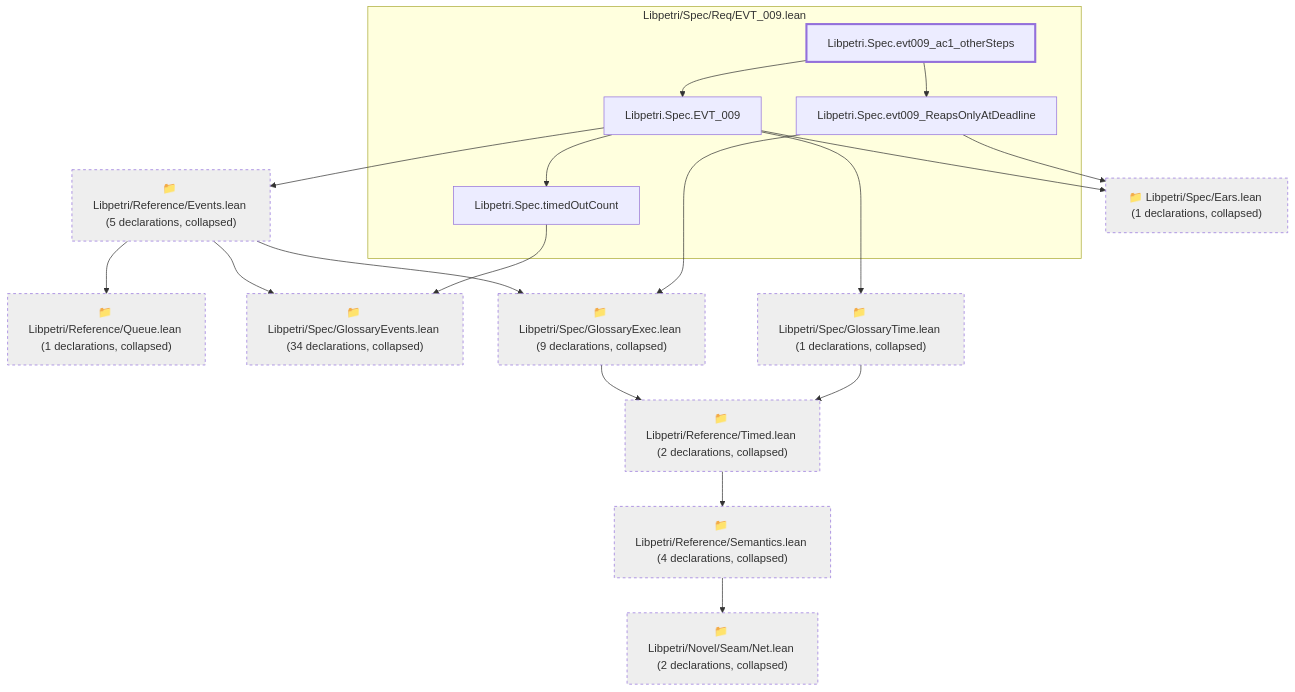
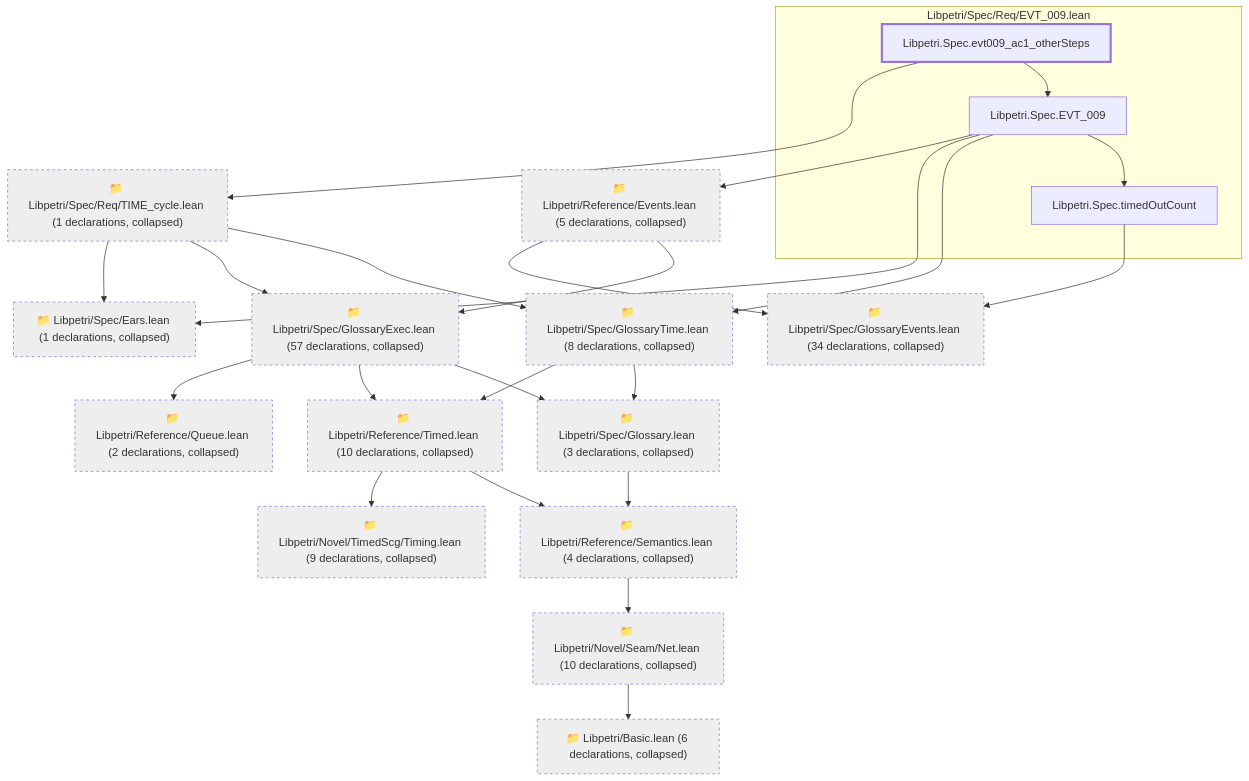
Before and after one commit to debe/libpetri: the second of 5 diagrams in lean/graph/requirements/EVT-009.md, drawn with Mermaid. The commit also changed other lines of this file and 393 other files, not shown here.

First line of the commit message:
feat(spec): AI sign-off of every Lean requirement block; defect ledger closed

````diff
--- a/lean/graph/requirements/EVT-009.md
+++ b/lean/graph/requirements/EVT-009.md
@@ -76,39 +76,48 @@
 ```mermaid
 flowchart TD
   subgraph g0["Libpetri/Spec/Req/EVT_009.lean"]
-    n6370["Libpetri.Spec.EVT_009"]
-    n14988["Libpetri.Spec.evt009_ReapsOnlyAtDeadline"]
-    n14990["Libpetri.Spec.evt009_ac1_otherSteps"]
-    n20804["Libpetri.Spec.timedOutCount"]
+    n6405["Libpetri.Spec.EVT_009"]
+    n15213["Libpetri.Spec.evt009_ac1_otherSteps"]
+    n21193["Libpetri.Spec.timedOutCount"]
   end
-  c54["📁 Libpetri/Novel/Seam/Net.lean (2 declarations, collapsed)"]
+  c0["📁 Libpetri/Basic.lean (6 declarations, collapsed)"]
+  c54["📁 Libpetri/Novel/Seam/Net.lean (10 declarations, collapsed)"]
+  c66["📁 Libpetri/Novel/TimedScg/Timing.lean (9 declarations, collapsed)"]
   c78["📁 Libpetri/Reference/Events.lean (5 declarations, collapsed)"]
-  c91["📁 Libpetri/Reference/Queue.lean (1 declarations, collapsed)"]
+  c91["📁 Libpetri/Reference/Queue.lean (2 declarations, collapsed)"]
   c94["📁 Libpetri/Reference/Semantics.lean (4 declarations, collapsed)"]
-  c98["📁 Libpetri/Reference/Timed.lean (2 declarations, collapsed)"]
+  c98["📁 Libpetri/Reference/Timed.lean (10 declarations, collapsed)"]
   c131["📁 Libpetri/Spec/Ears.lean (1 declarations, collapsed)"]
+  c132["📁 Libpetri/Spec/Glossary.lean (3 declarations, collapsed)"]
   c138["📁 Libpetri/Spec/GlossaryEvents.lean (34 declarations, collapsed)"]
-  c139["📁 Libpetri/Spec/GlossaryExec.lean (9 declarations, collapsed)"]
-  c146["📁 Libpetri/Spec/GlossaryTime.lean (1 declarations, collapsed)"]
-  c78 --> c91
+  c139["📁 Libpetri/Spec/GlossaryExec.lean (57 declarations, collapsed)"]
+  c146["📁 Libpetri/Spec/GlossaryTime.lean (8 declarations, collapsed)"]
+  c338["📁 Libpetri/Spec/Req/TIME_cycle.lean (1 declarations, collapsed)"]
+  c54 --> c0
   c78 --> c138
   c78 --> c139
   c94 --> c54
+  c98 --> c66
   c98 --> c94
+  c132 --> c94
+  c139 --> c91
   c139 --> c98
+  c139 --> c132
   c146 --> c98
-  n6370 --> c78
-  n6370 --> c131
-  n6370 --> c146
-  n6370 --> n20804
-  n14988 --> c131
-  n14988 --> c139
-  n14990 --> n6370
-  n14990 --> n14988
-  n20804 --> c138
+  c146 --> c132
+  c338 --> c131
+  c338 --> c139
+  c338 --> c146
+  n6405 --> c78
+  n6405 --> c131
+  n6405 --> c146
+  n6405 --> n21193
+  n15213 --> c338
+  n15213 --> n6405
+  n21193 --> c138
   classDef root stroke-width:3px
   classDef locked fill:#fff3cd,stroke:#b8860b
   classDef collapsed fill:#eeeeee,stroke-dasharray:4 4
-  class n14990 root
-  class c54,c78,c91,c94,c98,c131,c138,c139,c146 collapsed
+  class n15213 root
+  class c0,c54,c66,c78,c91,c94,c98,c131,c132,c138,c139,c146,c338 collapsed
 ```
````
